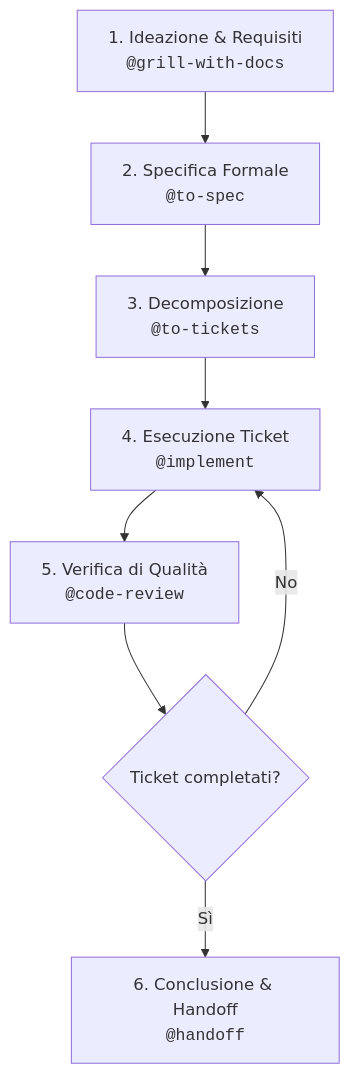
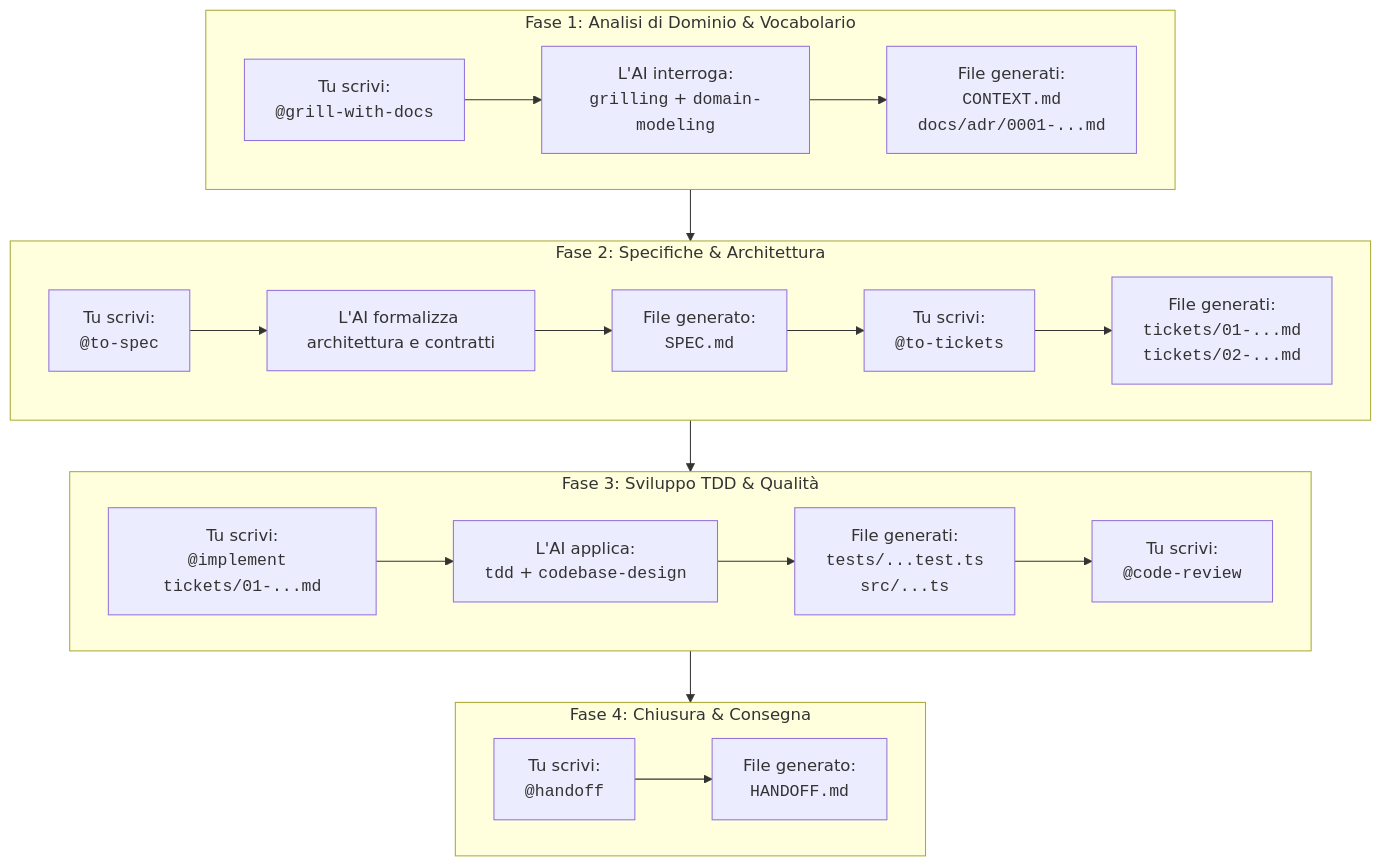
Before and after one commit to ClaudioNuncibello/My-Agents-Skills: the diagram in README.md, drawn with Mermaid. The commit also changed other lines of this file, not shown here.

````diff
--- a/README.md
+++ b/README.md
@@ -64,10 +66,28 @@
 ```mermaid
 flowchart TD
-    A["1. Ideazione & Requisiti<br><code>@grill-with-docs</code>"] --> B["2. Specifica Formale<br><code>@to-spec</code>"]
-    B --> C["3. Decomposizione<br><code>@to-tickets</code>"]
-    C --> D["4. Esecuzione Ticket<br><code>@implement</code>"]
-    D --> E["5. Verifica di Qualità<br><code>@code-review</code>"]
-    E --> F{"Ticket completati?"}
-    F -- No --> D
-    F -- Sì --> G["6. Conclusione & Handoff<br><code>@handoff</code>"]
+    subgraph Fase1["Fase 1: Analisi di Dominio & Vocabolario"]
+        A1["Tu scrivi:<br><code>@grill-with-docs</code>"] --> A2["L'AI interroga:<br><code>grilling</code> + <code>domain-modeling</code>"]
+        A2 --> A3["File generati:<br><code>CONTEXT.md</code><br><code>docs/adr/0001-...md</code>"]
+    end
+
+    subgraph Fase2["Fase 2: Specifiche & Architettura"]
+        B1["Tu scrivi:<br><code>@to-spec</code>"] --> B2["L'AI formalizza architettura e contratti"]
+        B2 --> B3["File generato:<br><code>SPEC.md</code>"]
+        B3 --> B4["Tu scrivi:<br><code>@to-tickets</code>"]
+        B4 --> B5["File generati:<br><code>tickets/01-...md</code><br><code>tickets/02-...md</code>"]
+    end
+
+    subgraph Fase3["Fase 3: Sviluppo TDD & Qualità"]
+        C1["Tu scrivi:<br><code>@implement tickets/01-...md</code>"] --> C2["L'AI applica:<br><code>tdd</code> + <code>codebase-design</code>"]
+        C2 --> C3["File generati:<br><code>tests/...test.ts</code><br><code>src/...ts</code>"]
+        C3 --> C4["Tu scrivi:<br><code>@code-review</code>"]
+    end
+
+    subgraph Fase4["Fase 4: Chiusura & Consegna"]
+        D1["Tu scrivi:<br><code>@handoff</code>"] --> D2["File generato:<br><code>HANDOFF.md</code>"]
+    end
+
+    Fase1 --> Fase2
+    Fase2 --> Fase3
+    Fase3 --> Fase4
 ```
````
